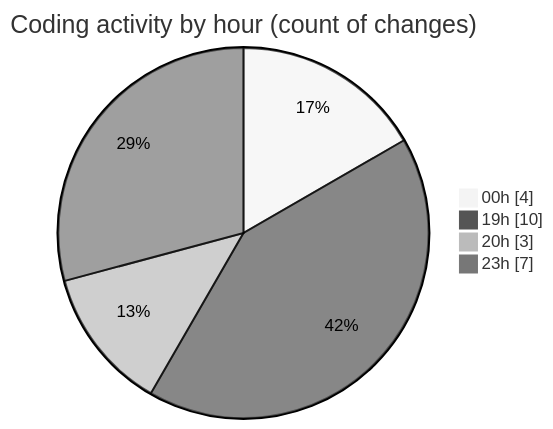
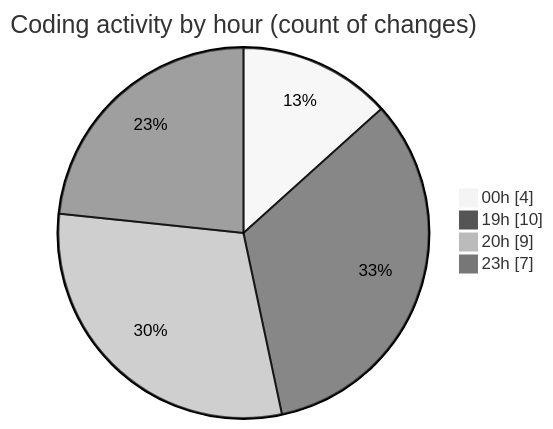
The second of 2 diagrams in 2025-02-27/cda/README.md (momahboobian/code-tracking), drawn with Mermaid (neutral theme) before and after one commit. The commit also changed other lines of this file and 1 other file, not shown here.

````diff
--- a/2025-02-27/cda/README.md
+++ b/2025-02-27/cda/README.md
@@ -35,8 +36,8 @@
 ```mermaid
 pie showData
 title Coding activity by hour (count of changes)
 "00h" : 4
 "19h" : 10
-"20h" : 3
+"20h" : 9
 "23h" : 7
 ```
````
